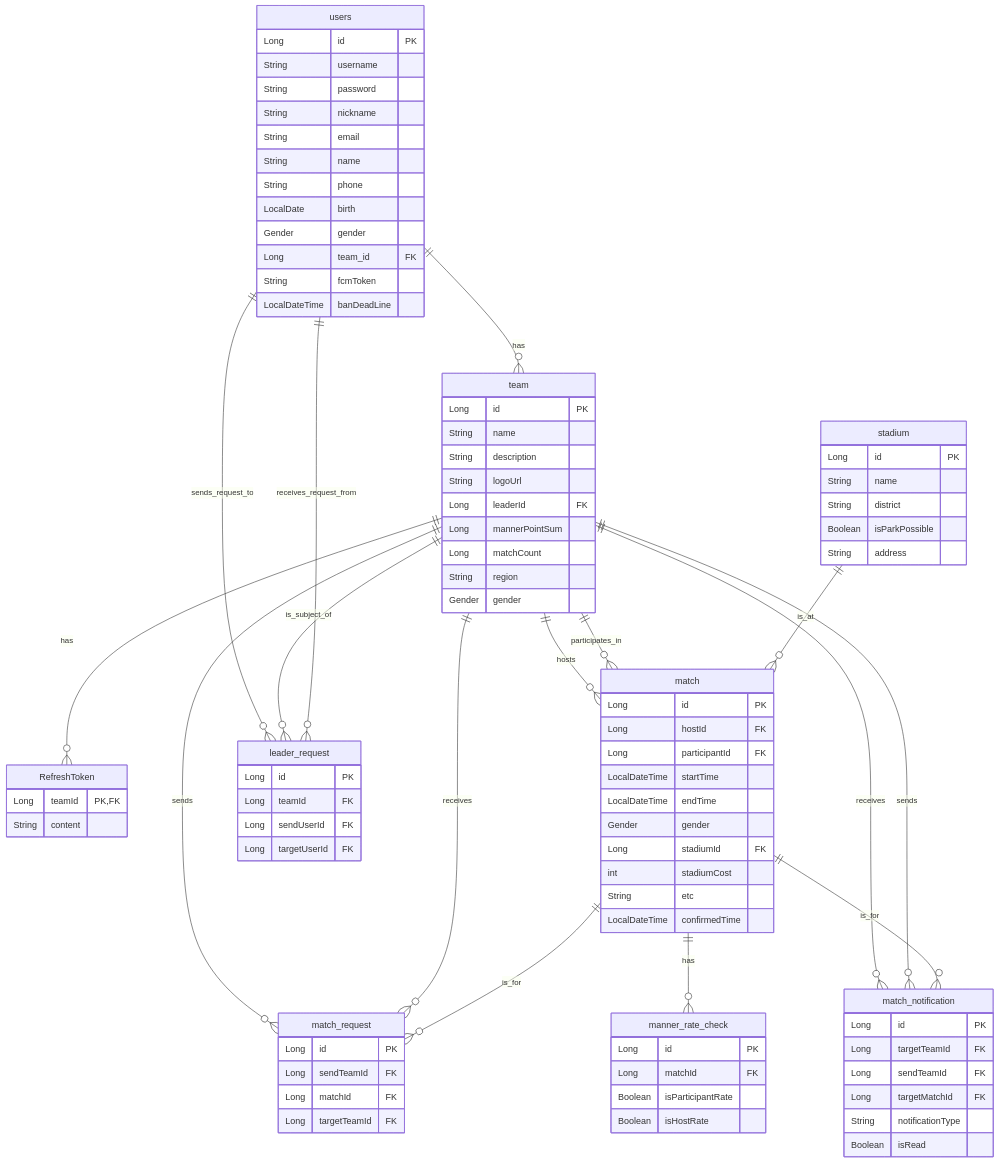
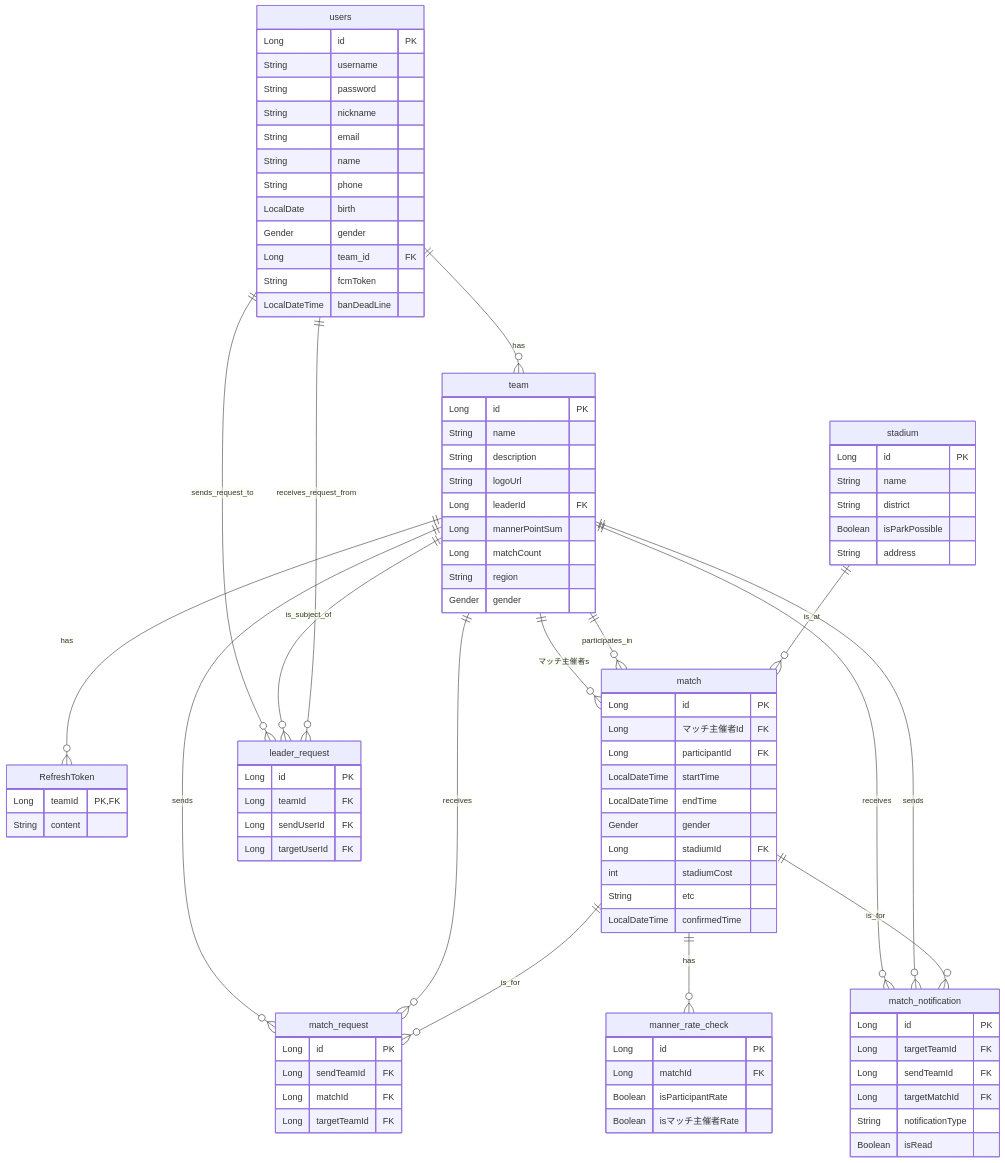
One commit to Lieslot/Matching-Match-v2 changed the third of 4 diagrams in README.md. Above: the diagram before and after it, drawn with Mermaid. The commit also changed other lines of this file, not shown here.

Commit message:
chore: simplify user flow

```diff
--- a/README.md
+++ b/README.md
@@ -215,7 +195,7 @@
 
     match {
         Long id PK
-        Long hostId FK
+        Long マッチ主催者Id FK
         Long participantId FK
         LocalDateTime startTime
         LocalDateTime endTime
@@ -245,7 +225,7 @@
         Long id PK
         Long matchId FK
         Boolean isParticipantRate
-        Boolean isHostRate
+        Boolean isマッチ主催者Rate
     }
 
     leader_request {
@@ -266,7 +246,7 @@
 
     users ||--o{ team : "has"
     team ||--o{ RefreshToken : "has"
-    team ||--o{ match : "hosts"
+    team ||--o{ match : "マッチ主催者s"
     team ||--o{ match : "participates_in"
     team ||--o{ match_request : "sends"
     team ||--o{ match_request : "receives"
```
